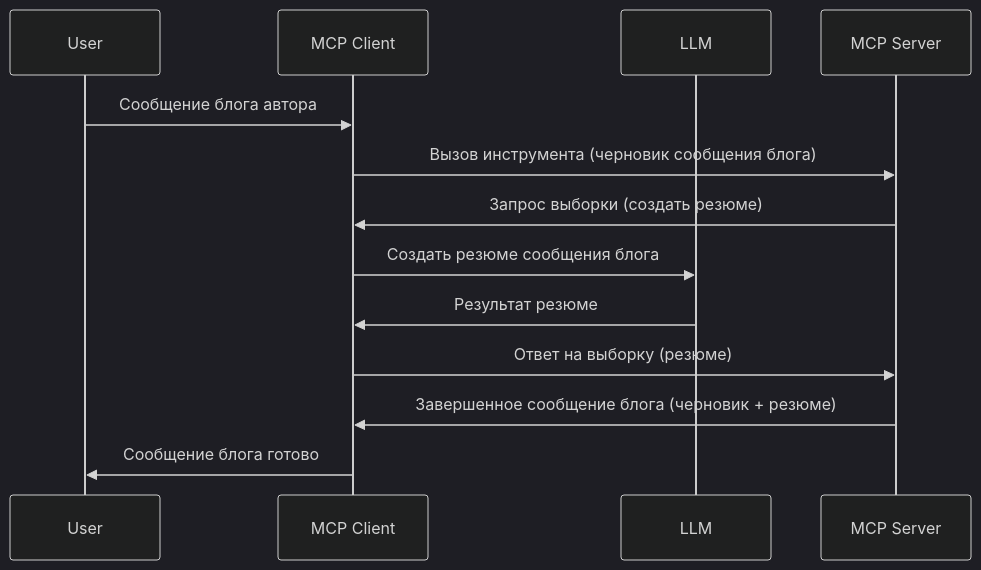
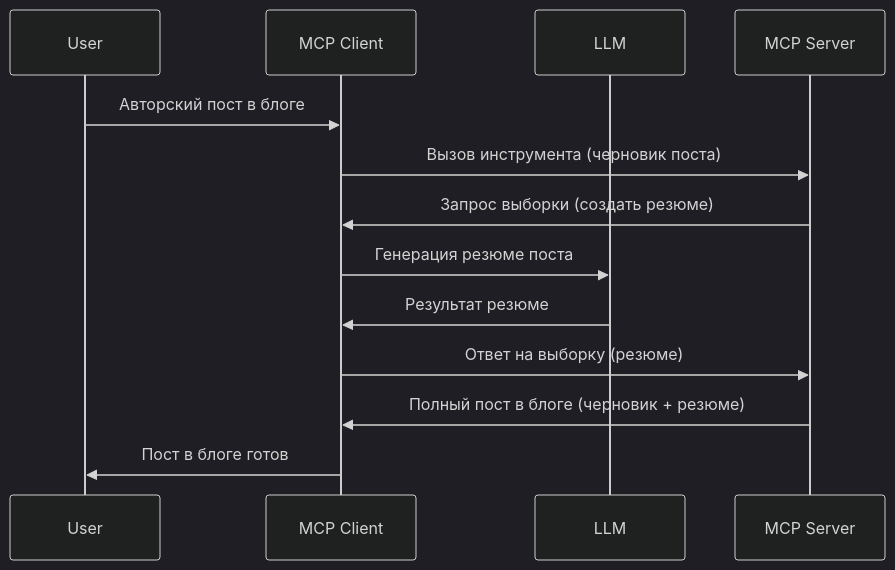
One commit to HIDORAKAI002/ai-workspace-archive changed the diagram in mcp_ecosystem__model_context_protocol/mcp_learning_resources/mcp-for-beginners/translations/ru/03-GettingStarted/14-sampling/README.md. Above: the diagram before and after it, drawn with Mermaid (dark theme). The commit also changed other lines of this file and 5748 other files, not shown here.

Commit message:
chore(sync): update MCP Python SDK, MCP TypeScript SDK, Supabase MCP, Kubernetes MCP Server, Git MCP, MCP Agent, Awesome ChatGPT Prompts, Langfuse, +62 more

````diff
--- a/mcp_ecosystem__model_context_protocol/mcp_learning_resources/mcp-for-beginners/translations/ru/03-GettingStarted/14-sampling/README.md
+++ b/mcp_ecosystem__model_context_protocol/mcp_learning_resources/mcp-for-beginners/translations/ru/03-GettingStarted/14-sampling/README.md
@@ -25,16 +27,16 @@
 ```mermaid
 sequenceDiagram
     participant User
     participant MCP Client
     participant LLM
     participant MCP Server
 
-    User->>MCP Client: Сообщение блога автора
-    MCP Client->>MCP Server: Вызов инструмента (черновик сообщения блога)
+    User->>MCP Client: Авторский пост в блоге
+    MCP Client->>MCP Server: Вызов инструмента (черновик поста)
     MCP Server->>MCP Client: Запрос выборки (создать резюме)
-    MCP Client->>LLM: Создать резюме сообщения блога
+    MCP Client->>LLM: Генерация резюме поста
     LLM->>MCP Client: Результат резюме
     MCP Client->>MCP Server: Ответ на выборку (резюме)
-    MCP Server->>MCP Client: Завершенное сообщение блога (черновик + резюме)
-    MCP Client->>User: Сообщение блога готово
+    MCP Server->>MCP Client: Полный пост в блоге (черновик + резюме)
+    MCP Client->>User: Пост в блоге готов
 ```
````
